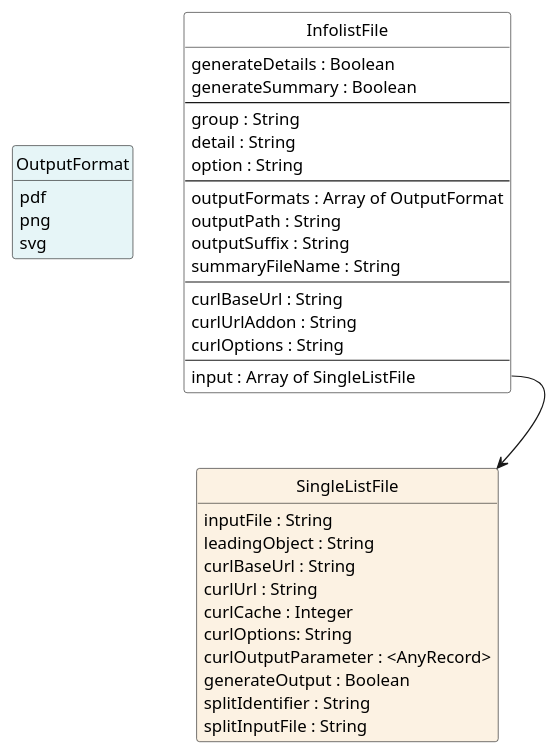
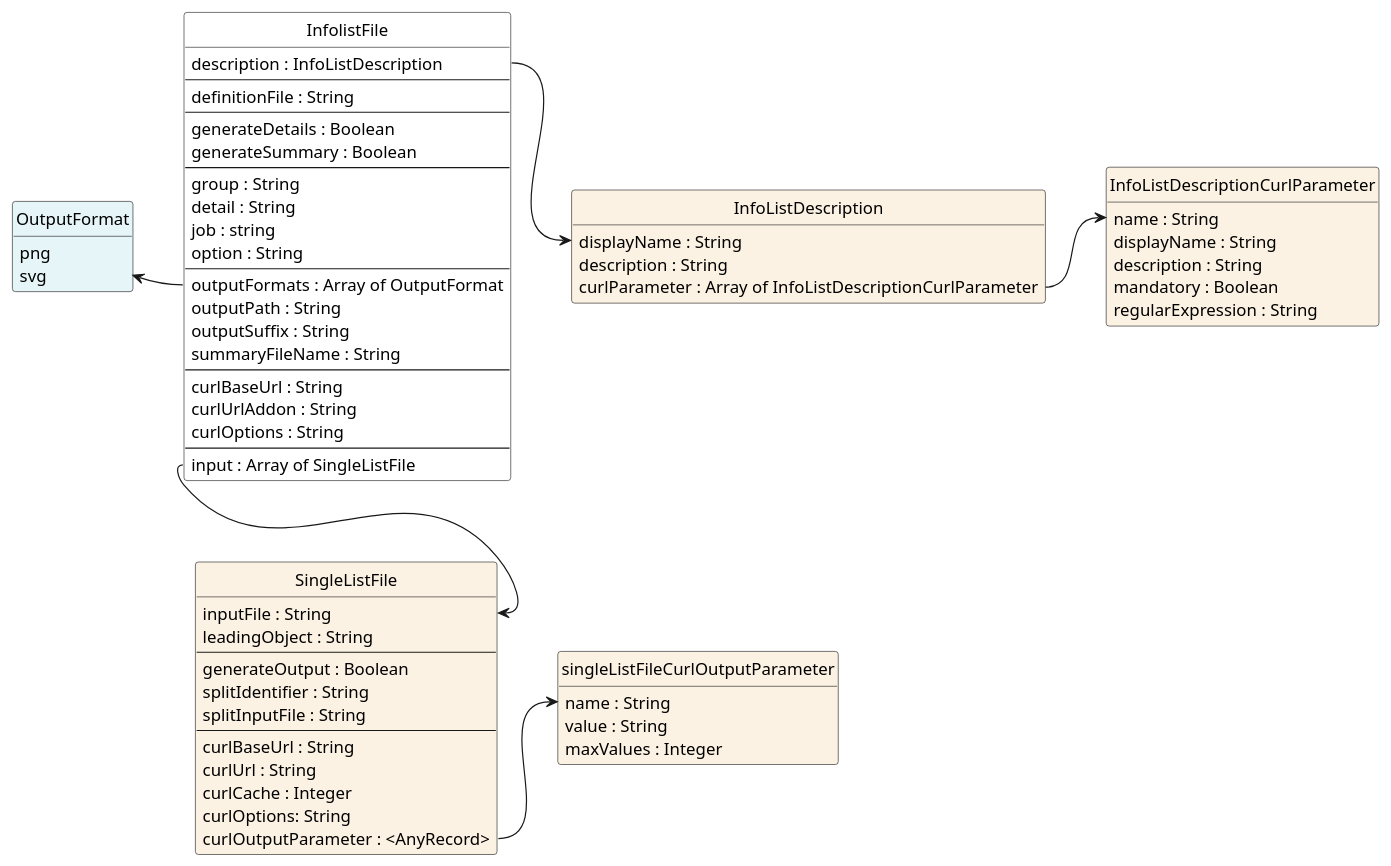
Before and after one commit to jfudickar/json2puml: the diagram in documentation/models/listfile/listfile.puml, drawn with PlantUML. The commit also changed 10 other files, not shown here.

```diff
--- a/documentation/models/listfile/listfile.puml
+++ b/documentation/models/listfile/listfile.puml
@@ -1,55 +1,85 @@
 @startuml
 hide circle
 hide methods
 hide stereotype
+'skinparam linetype polyline
 show <<Enumeration>> stereotype
 skinparam class {
    BackgroundColor<<Enumeration>> #E6F5F7
    BackgroundColor<<Ref>> #FFFFE0
    BackgroundColor<<Pivot>> #FFFFFFF
    BackgroundColor #FCF2E3
 }
 
 class OutputFormat <<Enumeration>> {
-    pdf
     png
     svg
 }
 
+class InfoListDescription {
+    displayName : String
+    description : String
+    curlParameter : Array of InfoListDescriptionCurlParameter
+}
+
+class InfoListDescriptionCurlParameter {
+    name : String
+    displayName : String
+    description : String
+    mandatory : Boolean
+    regularExpression : String
+}
+
 class InfolistFile  <<Pivot>> {
+  description : InfoListDescription
+  --
+  definitionFile : String
+  --
   generateDetails : Boolean 
   generateSummary : Boolean
   --
   group : String
   detail : String
+  job : string
   option : String
   --
   outputFormats : Array of OutputFormat 
   outputPath : String
   outputSuffix : String
   summaryFileName : String
   --
   curlBaseUrl : String
   curlUrlAddon : String 
   curlOptions : String
   --
   input : Array of SingleListFile
 }
 
+class singleListFileCurlOutputParameter {
+    name : String
+    value : String
+    maxValues : Integer
+}
 
 class SingleListFile {
     inputFile : String
     leadingObject : String
+    ---
+	generateOutput : Boolean
+    splitIdentifier : String
+    splitInputFile : String
+    ---
     curlBaseUrl : String
     curlUrl : String
 	curlCache : Integer
     curlOptions: String
 	curlOutputParameter : <AnyRecord>
-	generateOutput : Boolean
-    splitIdentifier : String
-    splitInputFile : String
 }
 
-InfolistFile::input --> SingleListFile
+InfolistFile::input --> SingleListFile::inputFile
+InfolistFile::outputFormats -left-> OutputFormat
+InfolistFile::description -right-> InfoListDescription::displayName
+InfoListDescription::curlParameter -right-> InfoListDescriptionCurlParameter::name
+SingleListFile::curlOutputParameter -right-> singleListFileCurlOutputParameter::name
 
 @enduml
```
